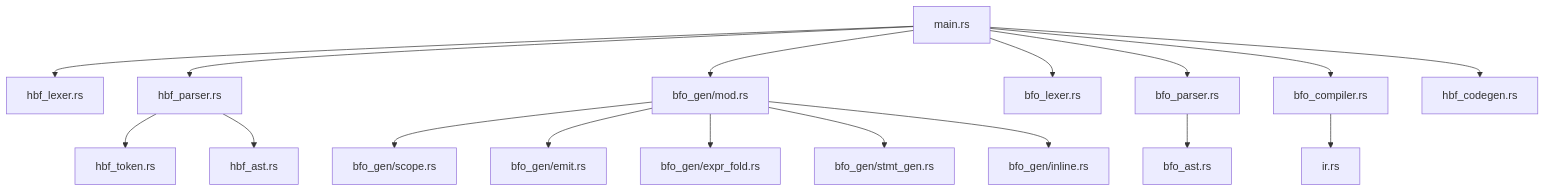
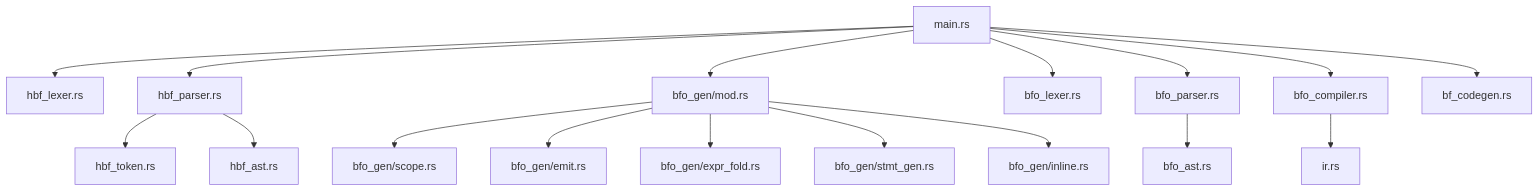
Before and after one commit to Kunta-tech/hbf: the second of 2 diagrams in docs/architecture.md, drawn with Mermaid. The commit also changed other lines of this file and 8 other files, not shown here.

````diff
--- a/docs/architecture.md
+++ b/docs/architecture.md
@@ -300,22 +300,22 @@
 ```mermaid
 graph TD
     Main[main.rs] --> HBFLexer[hbf_lexer.rs]
     Main --> HBFParser[hbf_parser.rs]
     Main --> BFOGen[bfo_gen/mod.rs]
     Main --> BFOLexer[bfo_lexer.rs]
     Main --> BFOParser[bfo_parser.rs]
     Main --> BFOCompiler[bfo_compiler.rs]
-    Main --> Codegen[hbf_codegen.rs]
+    Main --> Codegen[bf_codegen.rs]
     
     HBFParser --> HBFToken[hbf_token.rs]
     HBFParser --> HBFAST[hbf_ast.rs]
     
     BFOGen --> Scope[bfo_gen/scope.rs]
     BFOGen --> Emit[bfo_gen/emit.rs]
     BFOGen --> Fold[bfo_gen/expr_fold.rs]
     BFOGen --> StmtGen[bfo_gen/stmt_gen.rs]
     BFOGen --> Inline[bfo_gen/inline.rs]
     
     BFOParser --> BFOAST[bfo_ast.rs]
     BFOCompiler --> IR[ir.rs]
 ```
````
